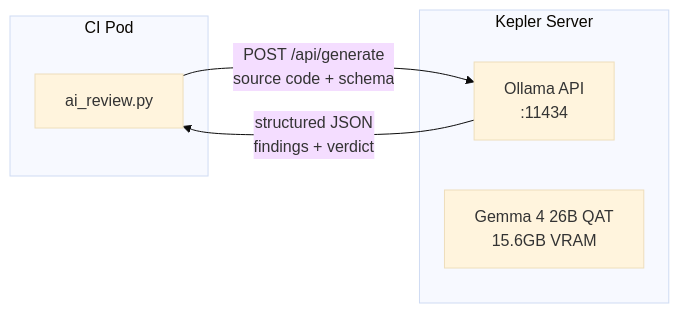
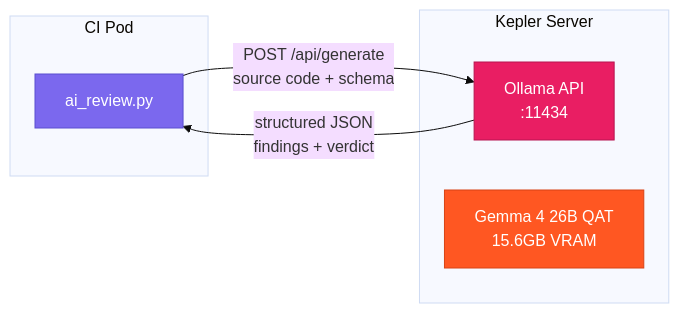
Before and after one commit to scarolan/harness-demo: the third of 4 diagrams in docs/ARCHITECTURE.md, drawn with Mermaid (base theme). The commit also changed other lines of this file, not shown here.

First line of the commit message:
Add color to architecture Mermaid diagrams

````diff
--- a/docs/ARCHITECTURE.md
+++ b/docs/ARCHITECTURE.md
@@ -130,13 +143,17 @@
 ```mermaid
 graph LR
     subgraph CI Pod
         SCRIPT[ai_review.py]
     end
     subgraph Kepler Server
         OLLAMA[Ollama API<br/>:11434]
         GEMMA[Gemma 4 26B QAT<br/>15.6GB VRAM]
     end
 
     SCRIPT -->|POST /api/generate<br/>source code + schema| OLLAMA
     OLLAMA -->|structured JSON<br/>findings + verdict| SCRIPT
+
+    style SCRIPT fill:#7b68ee,stroke:#5a4fcf,color:#fff
+    style OLLAMA fill:#e91e63,stroke:#b71550,color:#fff
+    style GEMMA fill:#ff5722,stroke:#d84315,color:#fff
 ```
````
